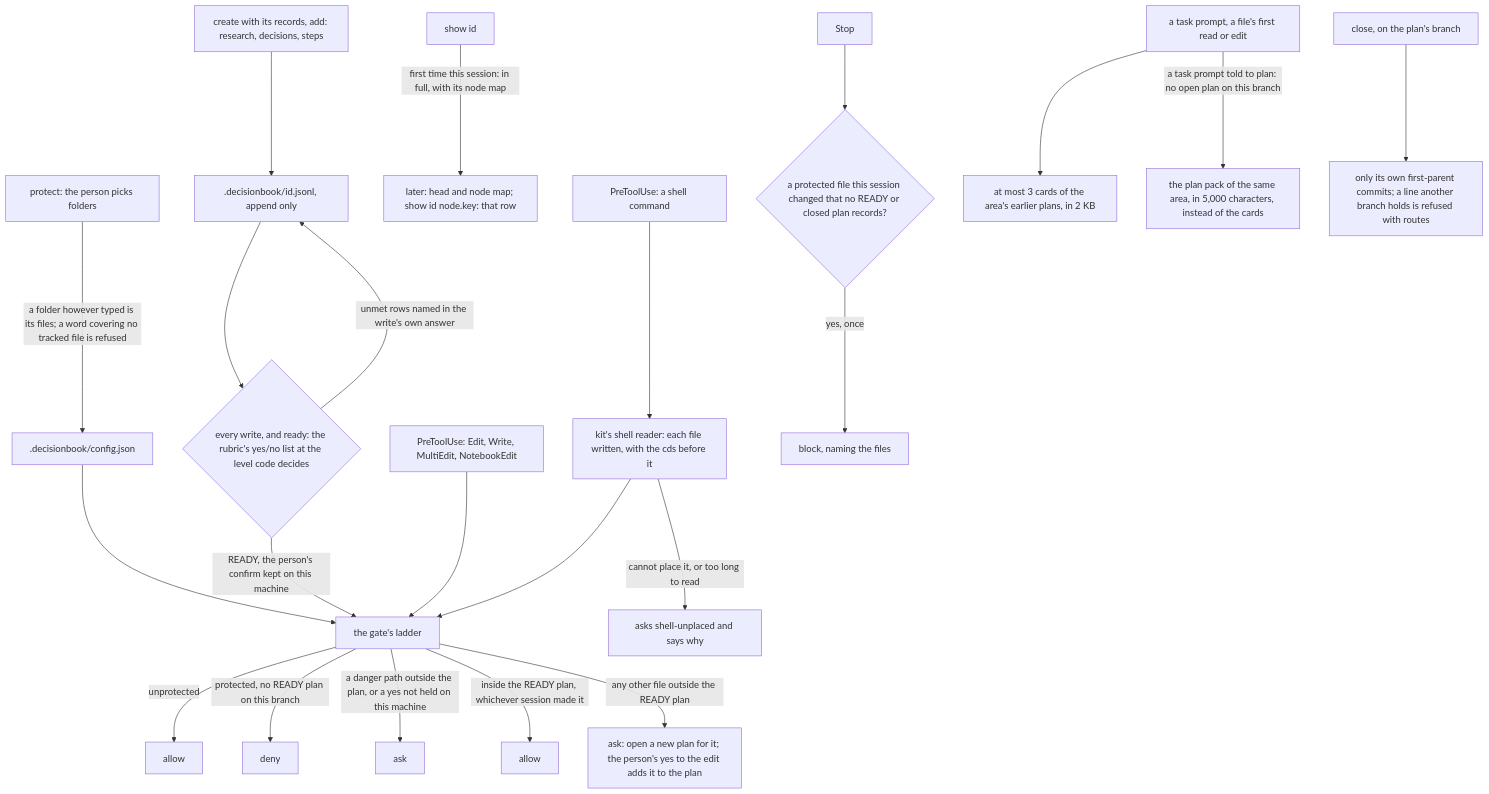
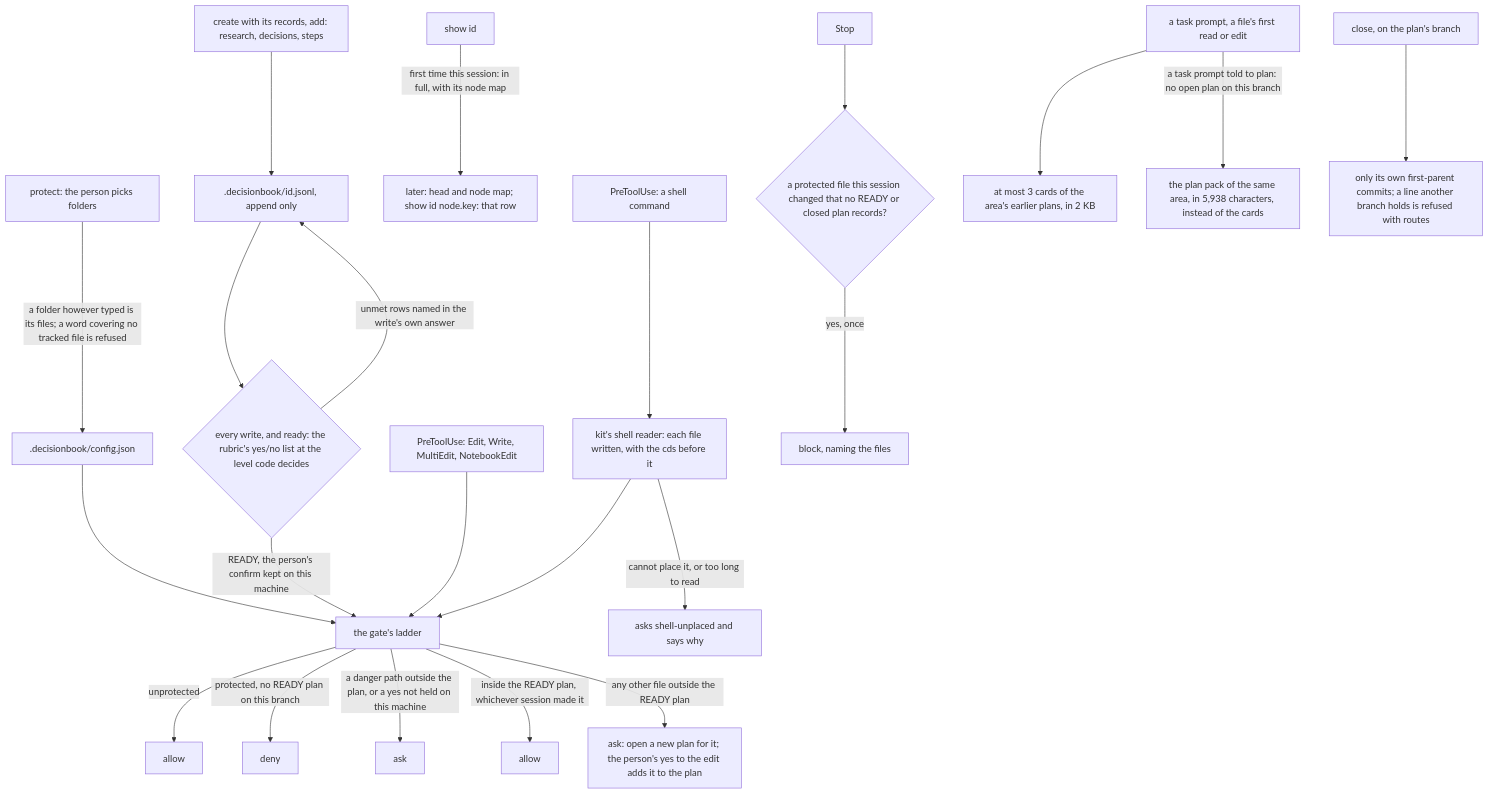
One commit to Bariscanates404/decisionbook changed the diagram in packages/decisionbook/README.md. Above: the diagram before and after it, drawn with Mermaid. The commit also changed other lines of this file and 211 other files, not shown here.

````diff
--- a/packages/decisionbook/README.md
+++ b/packages/decisionbook/README.md
@@ -37,23 +37,23 @@
 ```mermaid
 flowchart TD
   P[protect: the person picks folders] -->|a folder however typed is its files; a word covering no tracked file is refused| CFG[.decisionbook/config.json]
   C[create with its records, add: research, decisions, steps] --> I[.decisionbook/id.jsonl, append only]
   I --> R{every write, and ready: the rubric's yes/no list at the level code decides}
   R -->|unmet rows named in the write's own answer| I
   R -->|READY, the person's confirm kept on this machine| G
   SH[show id] -->|first time this session: in full, with its node map| N[later: head and node map; show id node.key: that row]
   E[PreToolUse: Edit, Write, MultiEdit, NotebookEdit] --> G[the gate's ladder]
   B[PreToolUse: a shell command] --> SR[kit's shell reader: each file written, with the cds before it] --> G
   SR -->|cannot place it, or too long to read| U[asks shell-unplaced and says why]
   CFG --> G
   G -->|unprotected| A1[allow]
   G -->|protected, no READY plan on this branch| D[deny]
   G -->|a danger path outside the plan, or a yes not held on this machine| AS[ask]
   G -->|inside the READY plan, whichever session made it| A2[allow]
   G -->|any other file outside the READY plan| GR[ask: open a new plan for it; the person's yes to the edit adds it to the plan]
   S[Stop] --> ST{a protected file this session changed that no READY or closed plan records?}
   ST -->|yes, once| BL[block, naming the files]
   Q[a task prompt, a file's first read or edit] --> RC[at most 3 cards of the area's earlier plans, in 2 KB]
-  Q -->|a task prompt told to plan: no open plan on this branch| PK[the plan pack of the same area, in 5,000 characters, instead of the cards]
+  Q -->|a task prompt told to plan: no open plan on this branch| PK[the plan pack of the same area, in 5,938 characters, instead of the cards]
   CL[close, on the plan's branch] --> CO[only its own first-parent commits; a line another branch holds is refused with routes]
 ```
````
